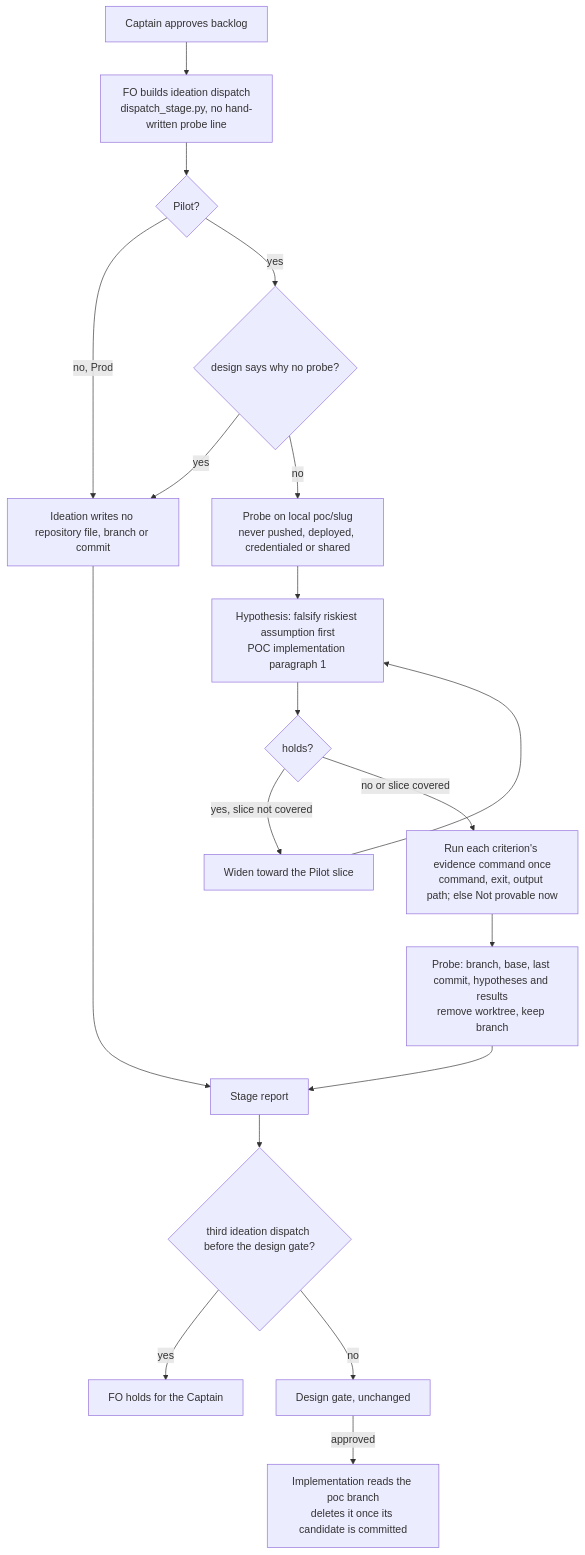
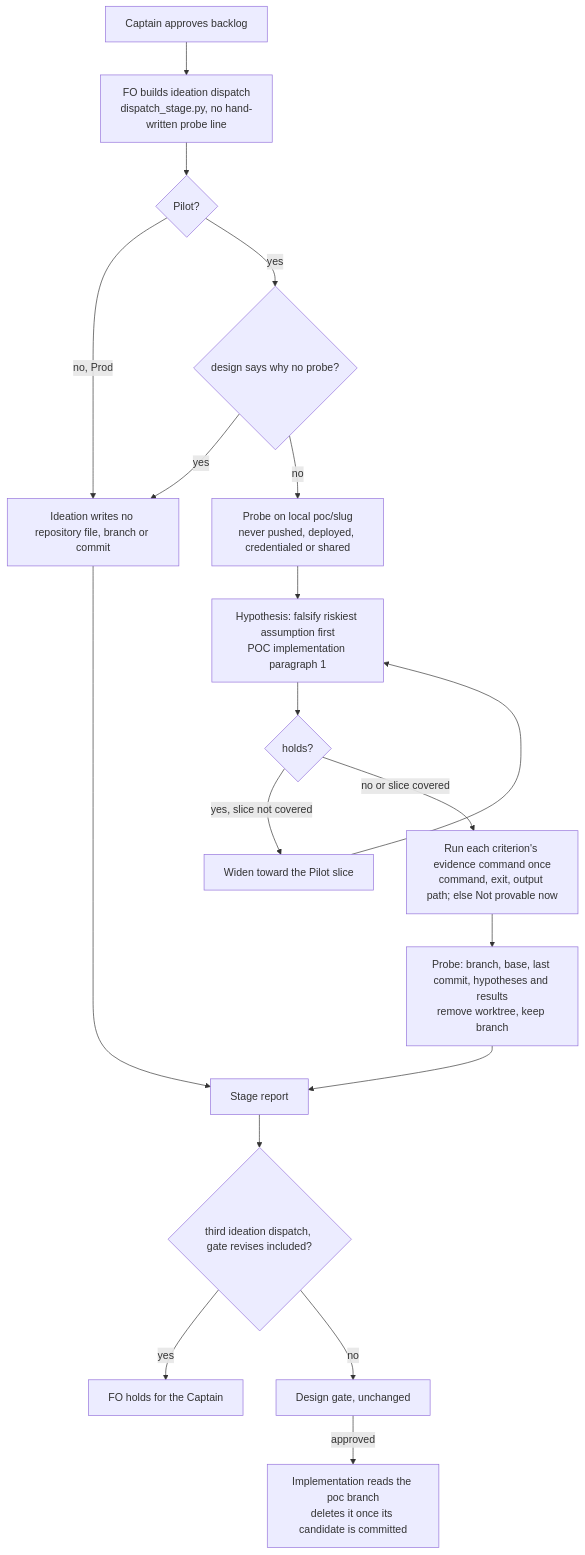
One commit to iamcxa/kc-claude-plugins changed the diagram in pilot-ideation-runs-a-probe-before-the-design.md. Above: the diagram before and after it, drawn with Mermaid. The commit also changed other lines of this file and 2 other files, not shown here.

Commit message:
ideation: pilot-ideation-runs-a-probe-before-the-design design corrections (round timing, lint subtests, attribution) and lint evidence

````diff
--- a/pilot-ideation-runs-a-probe-before-the-design.md
+++ b/pilot-ideation-runs-a-probe-before-the-design.md
@@ -81,20 +82,20 @@
 ```mermaid
 flowchart TD
   A[Captain approves backlog] --> B[FO builds ideation dispatch<br/>dispatch_stage.py, no hand-written probe line]
   B --> C{Pilot?}
   C -- no, Prod --> P[Ideation writes no repository file, branch or commit]
   C -- yes --> D{design says why no probe?}
   D -- yes --> P
   D -- no --> E[Probe on local poc/slug<br/>never pushed, deployed, credentialed or shared]
   E --> F[Hypothesis: falsify riskiest assumption first<br/>POC implementation paragraph 1]
   F --> G{holds?}
   G -- yes, slice not covered --> H[Widen toward the Pilot slice] --> F
   G -- no or slice covered --> I[Run each criterion's evidence command once<br/>command, exit, output path; else Not provable now]
   I --> J[Probe: branch, base, last commit, hypotheses and results<br/>remove worktree, keep branch]
   J --> K[Stage report]
   P --> K
-  K --> L{third ideation dispatch before the design gate?}
+  K --> L{third ideation dispatch, gate revises included?}
   L -- yes --> M[FO holds for the Captain]
   L -- no --> N[Design gate, unchanged]
   N -- approved --> O[Implementation reads the poc branch<br/>deletes it once its candidate is committed]
 ```
````
